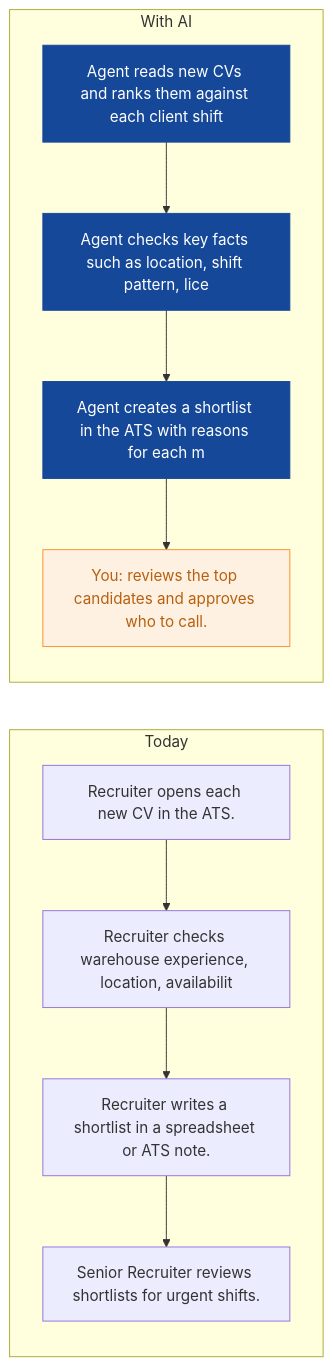
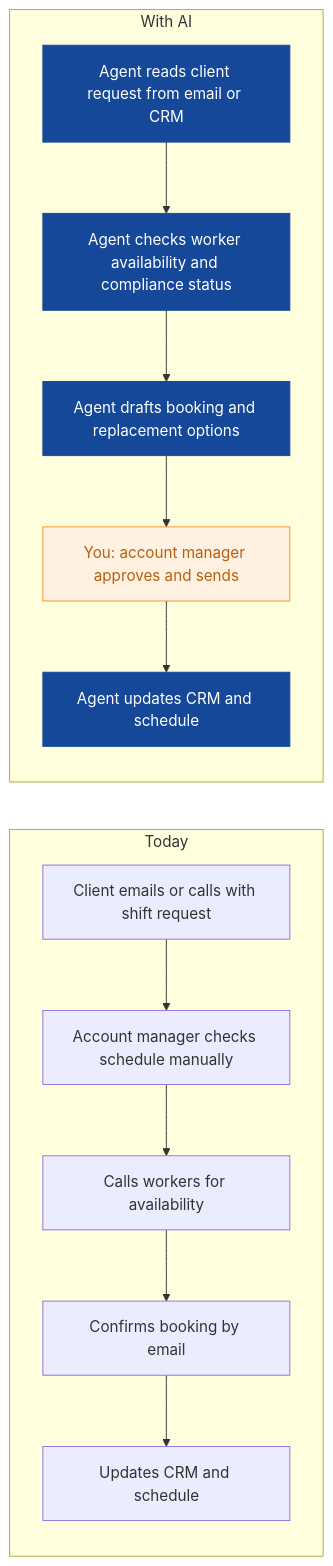
One commit to nexibeo/Complete-AI-Strategy changed the third of 9 diagrams in strategies/cobalt-crew-recruitment.md. Above: the diagram before and after it, drawn with Mermaid. The commit also changed other lines of this file and 26 other files, not shown here.

````diff
--- a/strategies/cobalt-crew-recruitment.md
+++ b/strategies/cobalt-crew-recruitment.md
@@ -102,21 +111,23 @@
 ```mermaid
 flowchart LR
   subgraph Today
-    B0["Recruiter opens each new CV in the ATS."]
-    B1["Recruiter checks warehouse experience, location, availabilit"]
-    B2["Recruiter writes a shortlist in a spreadsheet or ATS note."]
-    B3["Senior Recruiter reviews shortlists for urgent shifts."]
-    B0 --> B1 --> B2 --> B3
+    B0["Client emails or calls with shift request"]
+    B1["Account manager checks schedule manually"]
+    B2["Calls workers for availability"]
+    B3["Confirms booking by email"]
+    B4["Updates CRM and schedule"]
+    B0 --> B1 --> B2 --> B3 --> B4
   end
   subgraph WithAI[With AI]
-    A0["Agent reads new CVs and ranks them against each client shift"]
-    A1["Agent checks key facts such as location, shift pattern, lice"]
-    A2["Agent creates a shortlist in the ATS with reasons for each m"]
-    A3["You: reviews the top candidates and approves who to call."]
-    A0 --> A1 --> A2 --> A3
+    A0["Agent reads client request from email or CRM"]
+    A1["Agent checks worker availability and compliance status"]
+    A2["Agent drafts booking and replacement options"]
+    A3["You: account manager approves and sends"]
+    A4["Agent updates CRM and schedule"]
+    A0 --> A1 --> A2 --> A3 --> A4
   end
   classDef ai fill:#154899,color:#fff,stroke:#154899
   classDef human fill:#FFF1E2,color:#B8600F,stroke:#F98F2C
-  class A0,A1,A2 ai
+  class A0,A1,A2,A4 ai
   class A3 human
 ```
````
